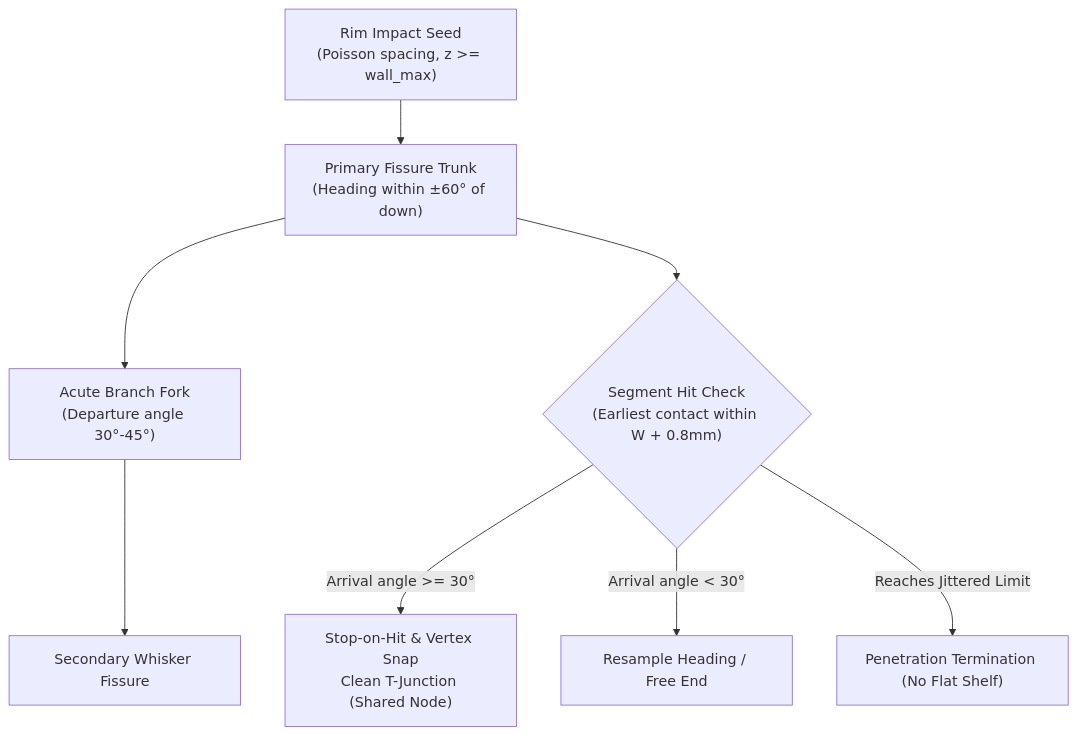
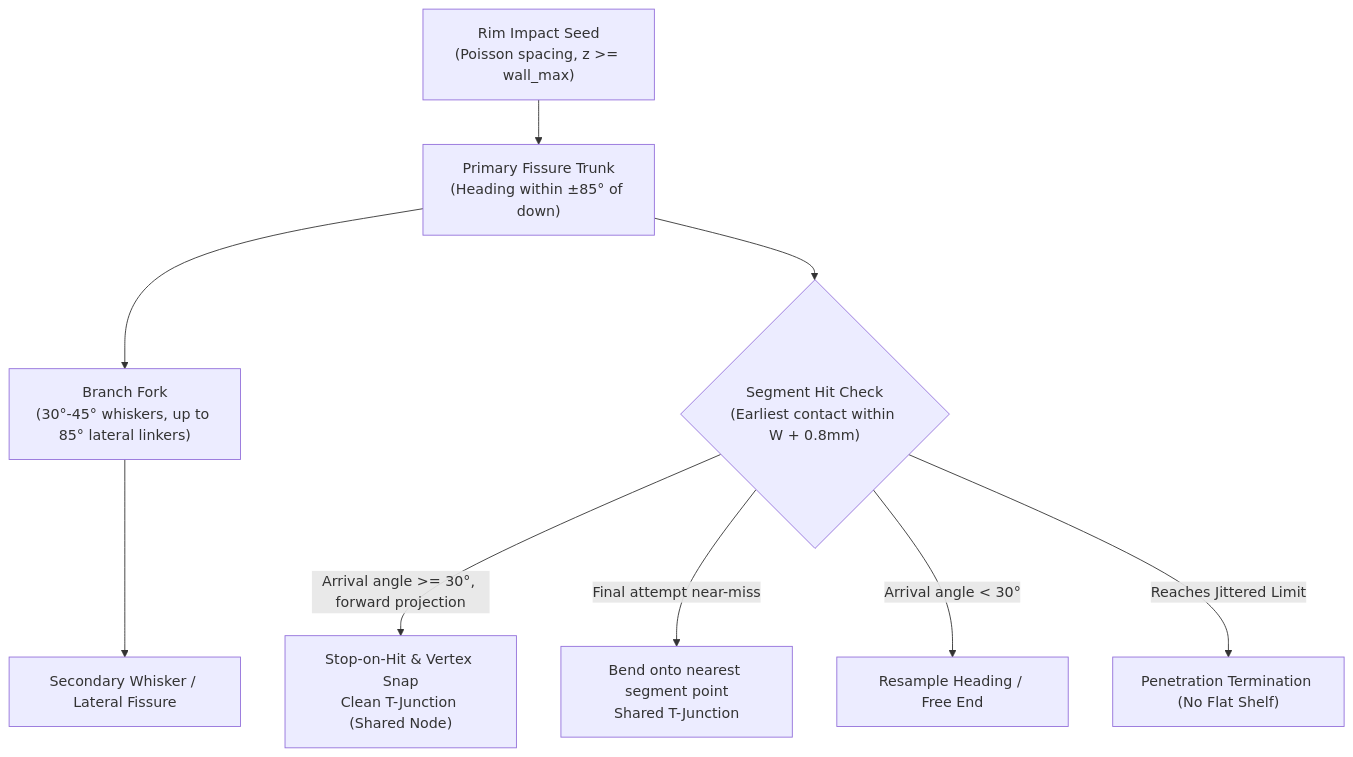
Before and after one commit to slowbutfast/kintsugi-fracture: the diagram in openspec/changes/kintsugi-crack-growth/design.md, drawn with Mermaid. The commit also changed other lines of this file and 6 other files, not shown here.

````diff
--- a/openspec/changes/kintsugi-crack-growth/design.md
+++ b/openspec/changes/kintsugi-crack-growth/design.md
@@ -93,10 +93,11 @@
 ```mermaid
 flowchart TD
-    Lip["Rim Impact Seed<br/>(Poisson spacing, z >= wall_max)"] --> Trunk["Primary Fissure Trunk<br/>(Heading within ±60° of down)"]
-    Trunk --> Fork["Acute Branch Fork<br/>(Departure angle 30°-45°)"]
-    Fork --> SubBranch["Secondary Whisker Fissure"]
+    Lip["Rim Impact Seed<br/>(Poisson spacing, z >= wall_max)"] --> Trunk["Primary Fissure Trunk<br/>(Heading within ±85° of down)"]
+    Trunk --> Fork["Branch Fork<br/>(30°-45° whiskers, up to 85° lateral linkers)"]
+    Fork --> SubBranch["Secondary Whisker / Lateral Fissure"]
     Trunk --> Collision{"Segment Hit Check<br/>(Earliest contact within W + 0.8mm)"}
-    Collision -->|"Arrival angle >= 30°"| TJunction["Stop-on-Hit & Vertex Snap<br/>Clean T-Junction (Shared Node)"]
+    Collision -->|"Arrival angle >= 30°, forward projection"| TJunction["Stop-on-Hit & Vertex Snap<br/>Clean T-Junction (Shared Node)"]
+    Collision -->|"Final attempt near-miss"| Bend["Bend onto nearest segment point<br/>Shared T-Junction"]
     Collision -->|"Arrival angle < 30°"| Turn["Resample Heading / Free End"]
     Collision -->|"Reaches Jittered Limit"| DepthTrunc["Penetration Termination (No Flat Shelf)"]
 ```
````
